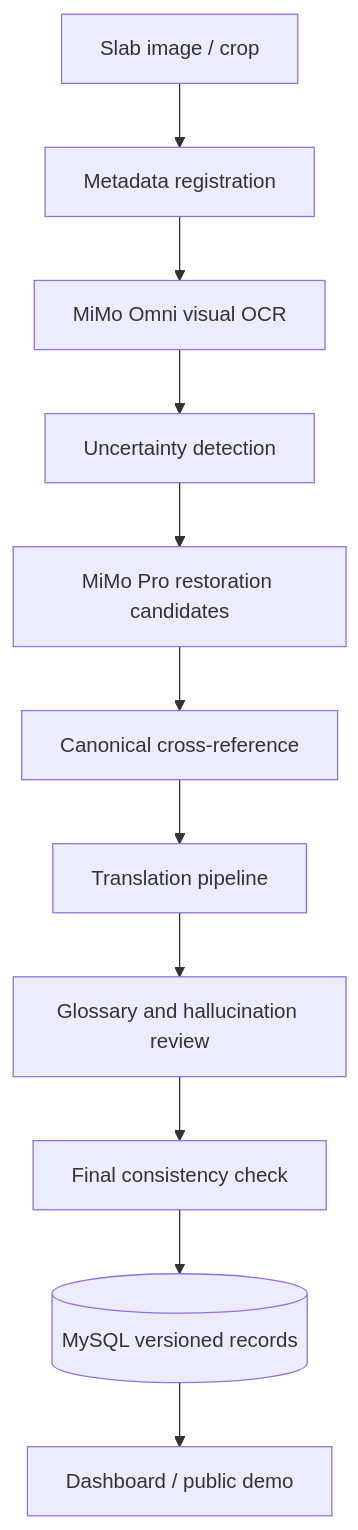
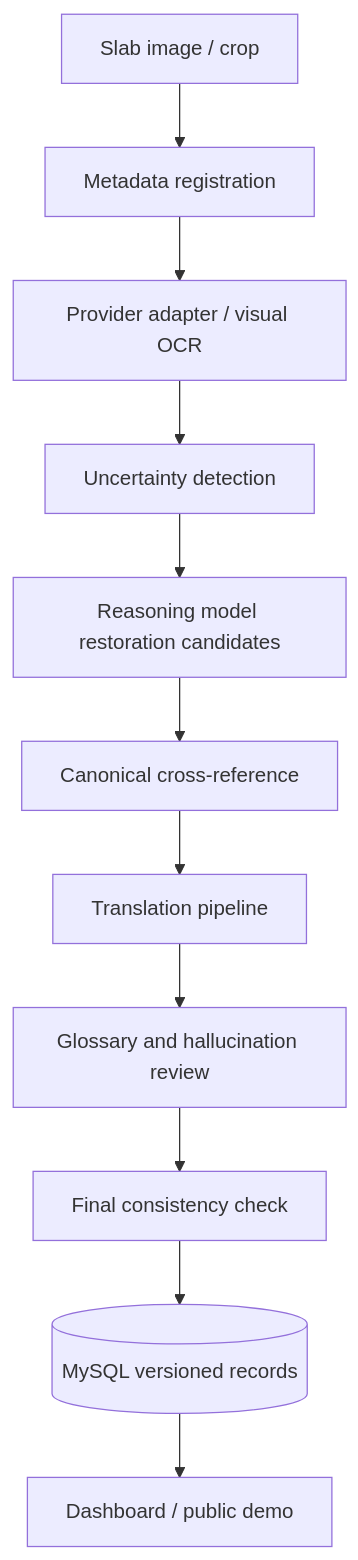
The diagram in docs/architecture.md (ngocquynh85/kidat-mimo-heritage-engine), drawn with Mermaid before and after one commit. The commit also changed other lines of this file and 9 other files, not shown here.

````diff
--- a/docs/architecture.md
+++ b/docs/architecture.md
@@ -7,13 +7,13 @@
 ```mermaid
 flowchart TD
   A[Slab image / crop] --> B[Metadata registration]
-  B --> C[MiMo Omni visual OCR]
+  B --> C[Provider adapter / visual OCR]
   C --> D[Uncertainty detection]
-  D --> E[MiMo Pro restoration candidates]
+  D --> E[Reasoning model restoration candidates]
   E --> F[Canonical cross-reference]
   F --> G[Translation pipeline]
   G --> H[Glossary and hallucination review]
   H --> I[Final consistency check]
   I --> J[(MySQL versioned records)]
   J --> K[Dashboard / public demo]
 ```
````
